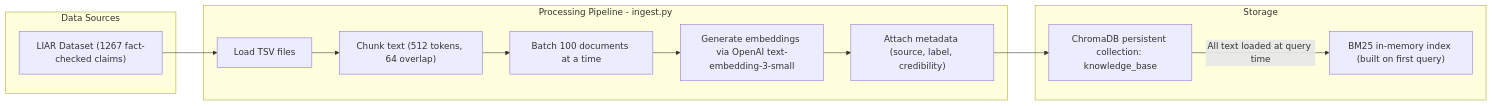
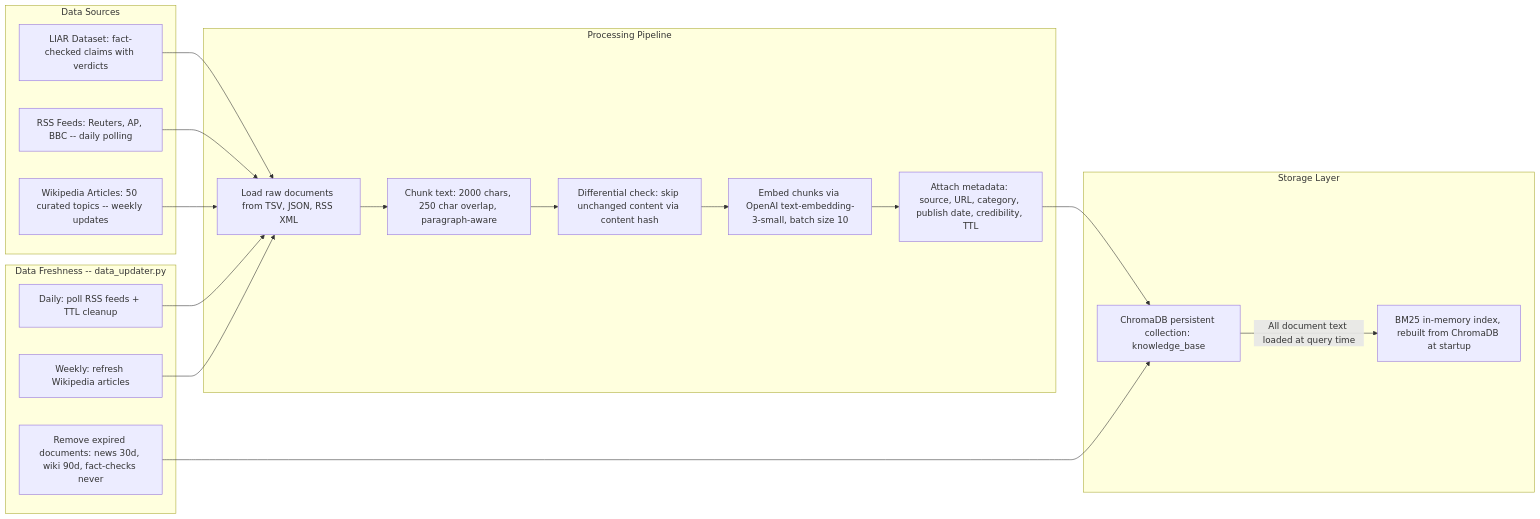
Before and after one commit to pranay-kickdrum/ai-league-chaos-is-a-ladder: the third of 3 diagrams in week1/detailed_architecture_diagrams_651683ff.plan.md, drawn with Mermaid. The commit also changed other lines of this file and 2 other files, not shown here.

Commit message:
Updated arch diagram

````diff
--- a/week1/detailed_architecture_diagrams_651683ff.plan.md
+++ b/week1/detailed_architecture_diagrams_651683ff.plan.md
@@ -228,22 +189,37 @@
 ```mermaid
 flowchart LR
-    subgraph sources [Data Sources]
-        LIAR["LIAR Dataset (1267 fact-checked claims)"]
+    subgraph sources ["Data Sources"]
+        LIAR["LIAR Dataset: fact-checked claims with verdicts"]
+        RSS["RSS Feeds: Reuters, AP, BBC -- daily polling"]
+        Wiki["Wikipedia Articles: 50 curated topics -- weekly updates"]
     end
 
-    subgraph processing [Processing Pipeline - ingest.py]
-        Load["Load TSV files"]
-        Chunk["Chunk text (512 tokens, 64 overlap)"]
-        Batch["Batch 100 documents at a time"]
-        Embed["Generate embeddings via OpenAI text-embedding-3-small"]
-        Meta["Attach metadata (source, label, credibility)"]
+    subgraph processing ["Processing Pipeline"]
+        Load["Load raw documents from TSV, JSON, RSS XML"]
+        Chunk["Chunk text: 2000 chars, 250 char overlap, paragraph-aware"]
+        HashCheck["Differential check: skip unchanged content via content hash"]
+        Embed["Embed chunks via OpenAI text-embedding-3-small, batch size 10"]
+        Meta["Attach metadata: source, URL, category, publish date, credibility, TTL"]
     end
 
-    subgraph storage [Storage]
+    subgraph storage ["Storage Layer"]
         Chroma["ChromaDB persistent collection: knowledge_base"]
-        BM25Idx["BM25 in-memory index (built on first query)"]
+        BM25Idx["BM25 in-memory index, rebuilt from ChromaDB at startup"]
     end
 
-    LIAR --> Load --> Chunk --> Batch --> Embed --> Meta --> Chroma
-    Chroma -->|"All text loaded at query time"| BM25Idx
+    LIAR --> Load
+    RSS --> Load
+    Wiki --> Load
+    Load --> Chunk --> HashCheck --> Embed --> Meta --> Chroma
+    Chroma -->|"All document text loaded at query time"| BM25Idx
+
+    subgraph maintenance ["Data Freshness -- data_updater.py"]
+        DailyUpdate["Daily: poll RSS feeds + TTL cleanup"]
+        WeeklyUpdate["Weekly: refresh Wikipedia articles"]
+        TTLCleanup["Remove expired documents: news 30d, wiki 90d, fact-checks never"]
+    end
+
+    DailyUpdate --> Load
+    WeeklyUpdate --> Load
+    TTLCleanup --> Chroma
 ```
````
